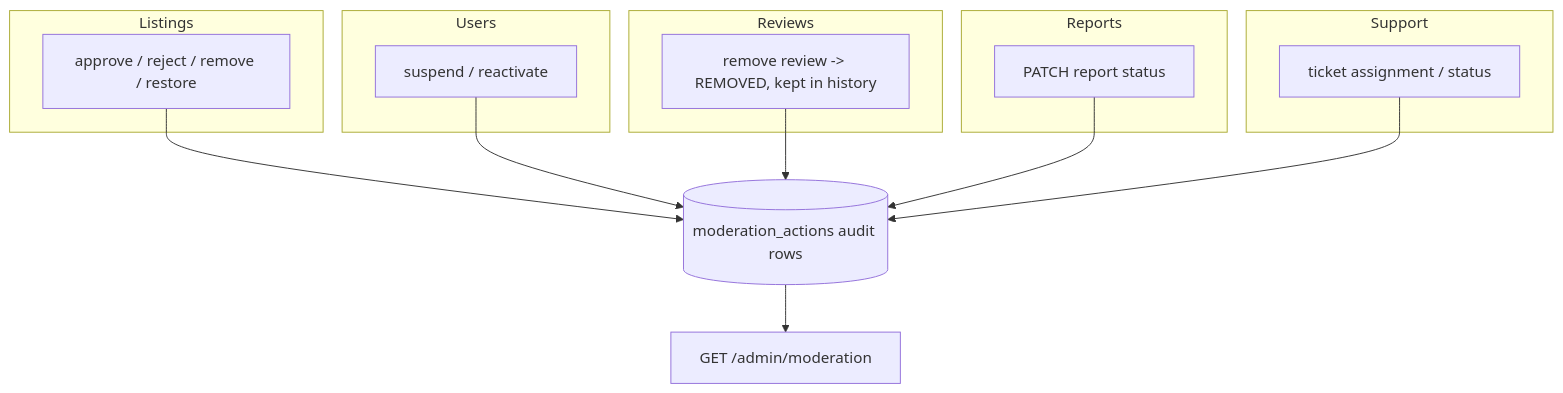
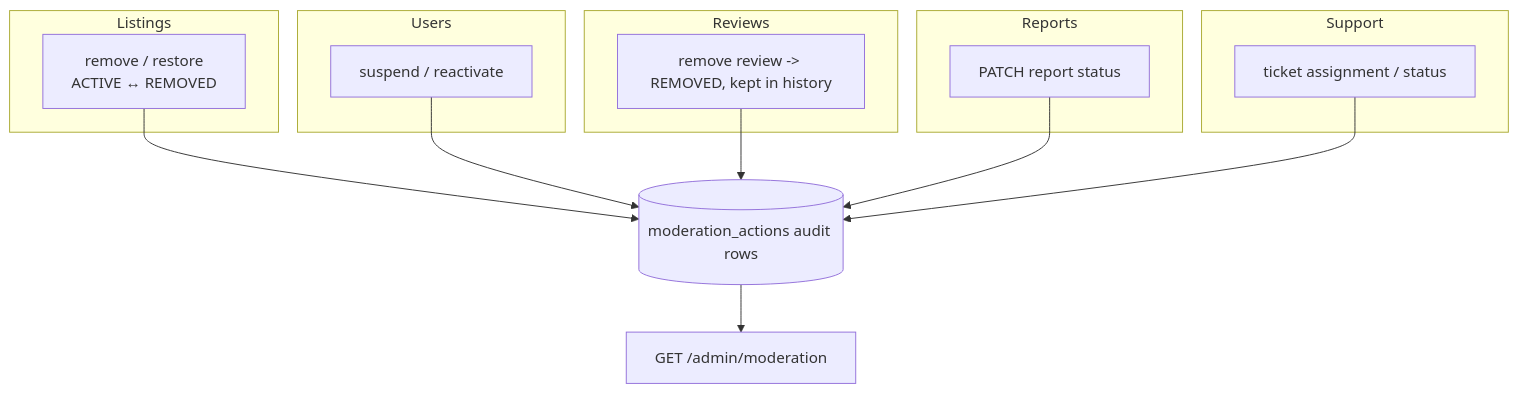
One commit to tejenderlib/marketplace-platform changed the ninth of 12 diagrams in docs/FLOW.md. Above: the diagram before and after it, drawn with Mermaid. The commit also changed other lines of this file and 94 other files, not shown here.

````diff
--- a/docs/FLOW.md
+++ b/docs/FLOW.md
@@ -202,20 +206,20 @@
 ```mermaid
 flowchart TD
     subgraph Listings
-        LA[approve / reject / remove / restore]
+        LA[remove / restore<br/>ACTIVE ↔ REMOVED]
     end
     subgraph Users
         US[suspend / reactivate]
     end
     subgraph Reviews
         RV[remove review -> REMOVED, kept in history]
     end
     subgraph Reports
         RP[PATCH report status]
     end
     subgraph Support
         SP[ticket assignment / status]
     end
     LA & US & RV & RP & SP --> AUD[(moderation_actions audit rows)]
     AUD --> V[GET /admin/moderation]
 ```
````
